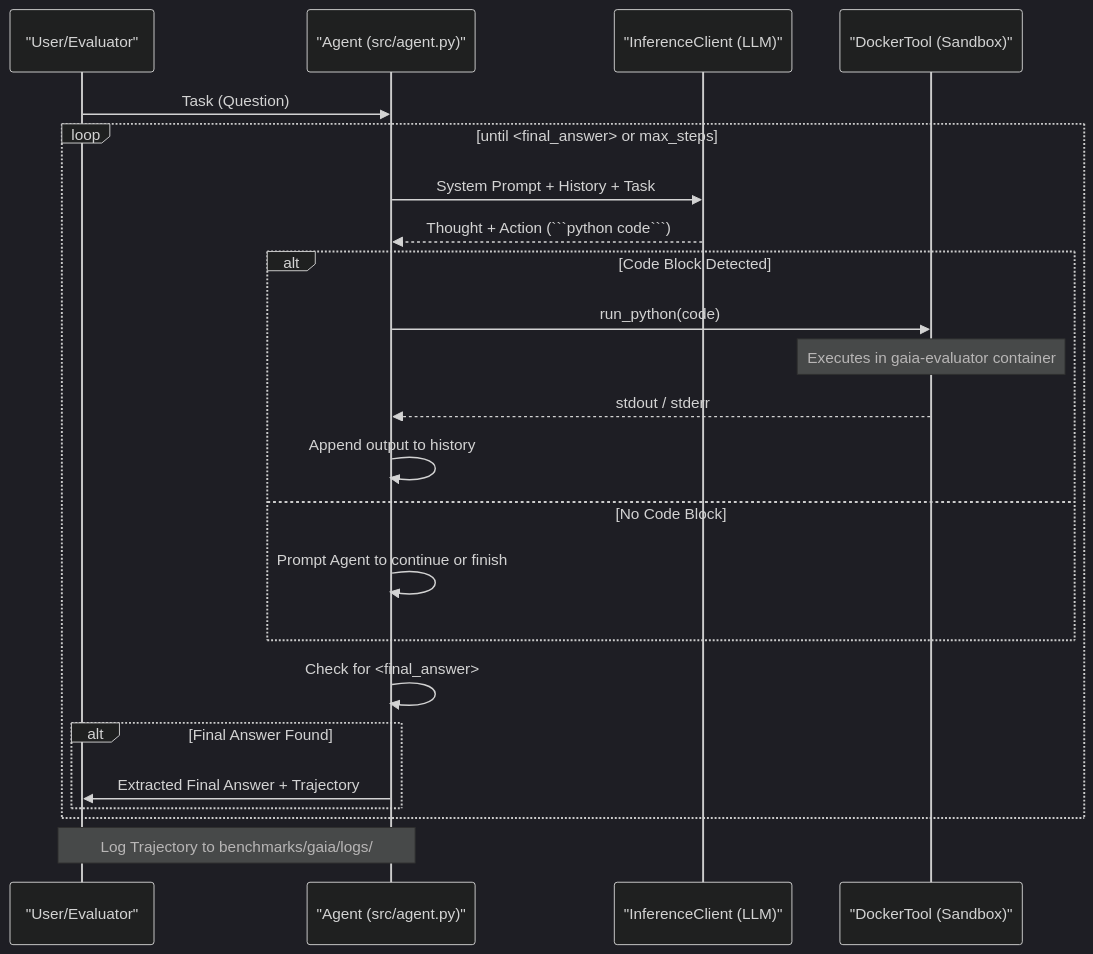
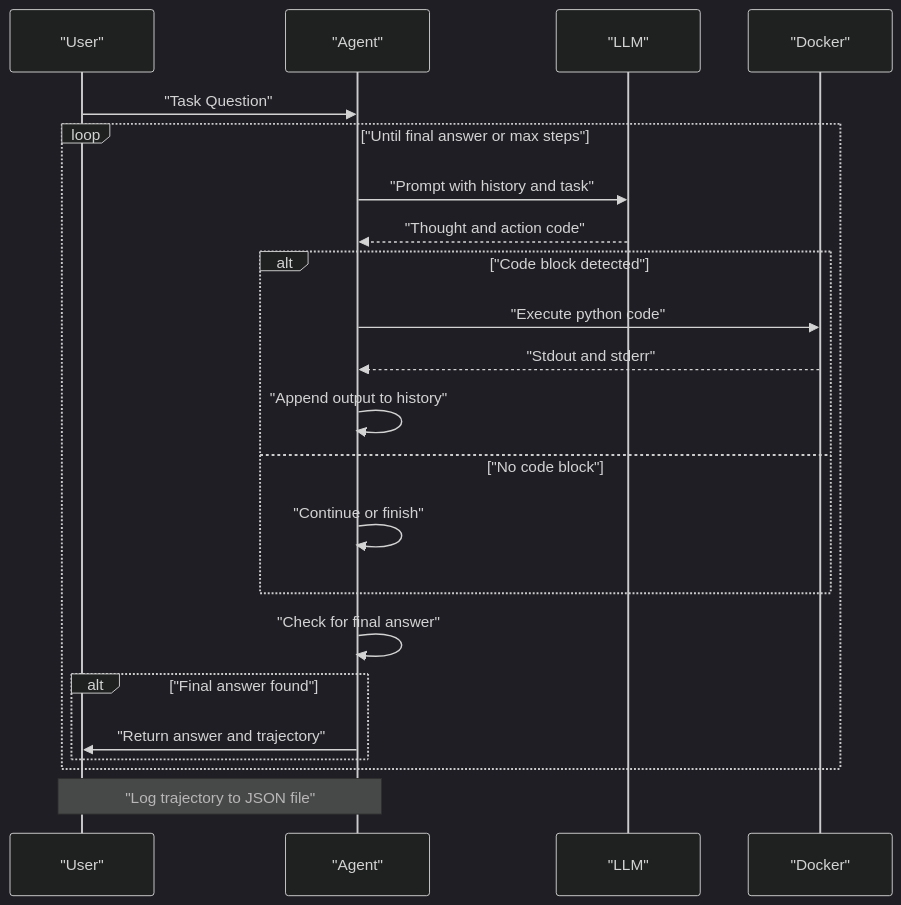
The diagram in README.md (hangjianli/agentBench), drawn with Mermaid (dark theme) before and after one commit. The commit also changed other lines of this file and 7 other files, not shown here.

First line of the commit message:
feat: implement ReAct agent loop and integrate GAIA and Tau2-Bench benchmarks

````diff
--- a/README.md
+++ b/README.md
@@ -9,29 +9,28 @@
 ```mermaid
 sequenceDiagram
-    participant U as "User/Evaluator"
-    participant A as "Agent (src/agent.py)"
-    participant LLM as "InferenceClient (LLM)"
-    participant D as "DockerTool (Sandbox)"
+    participant U as "User"
+    participant A as "Agent"
+    participant L as "LLM"
+    participant D as "Docker"
 
-    U->>A: Task (Question)
-    loop until <final_answer> or max_steps
-        A->>LLM: System Prompt + History + Task
-        LLM-->>A: Thought + Action (```python code```)
-        
-        alt Code Block Detected
-            A->>D: run_python(code)
-            Note over D: Executes in gaia-evaluator container
-            D-->>A: stdout / stderr
-            A->>A: Append output to history
-        else No Code Block
-            A->>A: Prompt Agent to continue or finish
+    U->>A: "Task Question"
+    loop "Until final answer or max steps"
+        A->>L: "Prompt with history and task"
+        L-->>A: "Thought and action code"
+
+        alt "Code block detected"
+            A->>D: "Execute python code"
+            D-->>A: "Stdout and stderr"
+            A->>A: "Append output to history"
+        else "No code block"
+            A->>A: "Continue or finish"
         end
 
-        A->>A: Check for <final_answer>
-        alt Final Answer Found
-            A->>U: Extracted Final Answer + Trajectory
+        A->>A: "Check for final answer"
+        alt "Final answer found"
+            A->>U: "Return answer and trajectory"
         end
     end
-    
-    Note over A,U: Log Trajectory to benchmarks/gaia/logs/
+
+    Note over A, U: "Log trajectory to JSON file"
 ```
````
